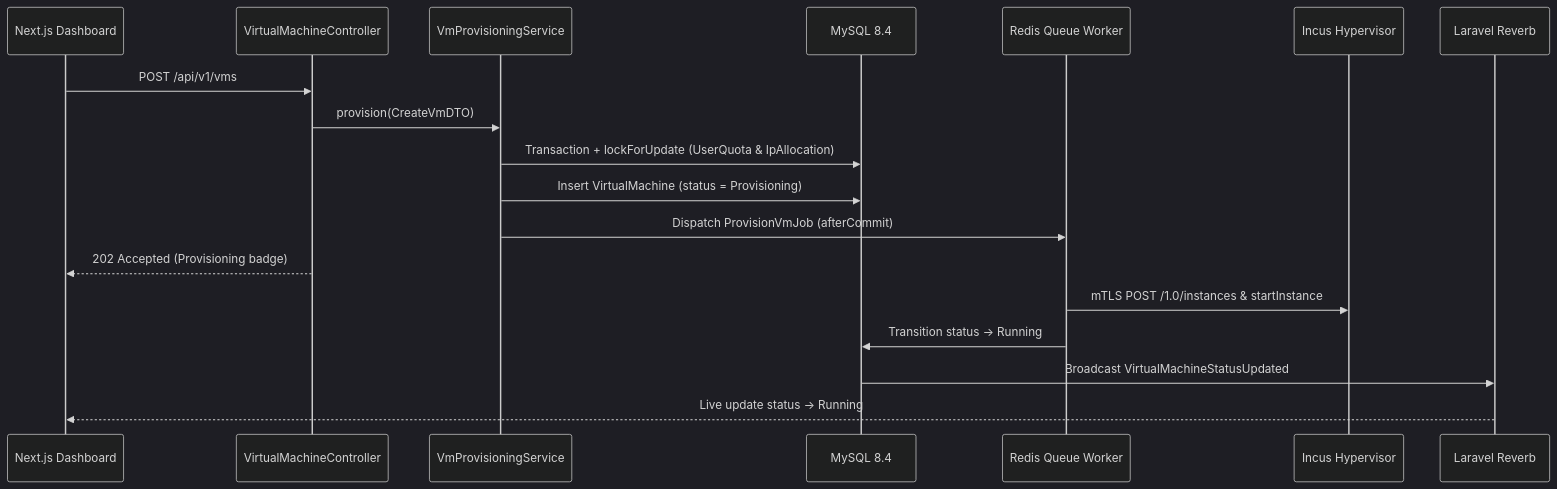
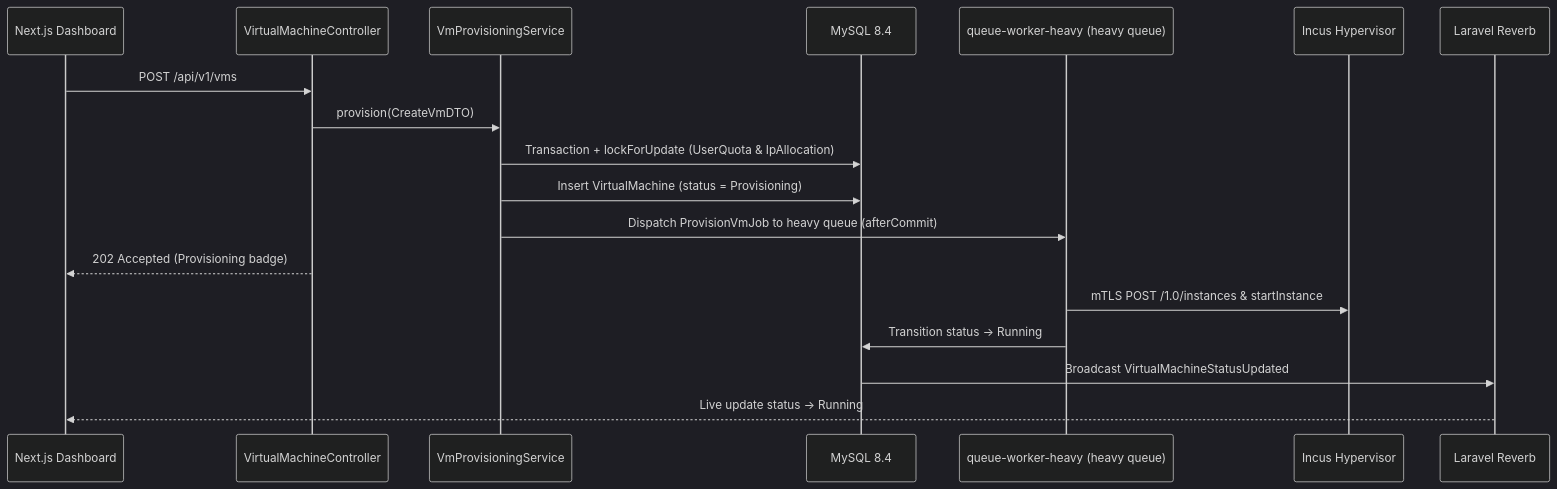
Before and after one commit to schmasterz/ognivo: the second of 2 diagrams in docs/architecture/overview.md, drawn with Mermaid (dark theme). The commit also changed other lines of this file and 20 other files, not shown here.

First line of the commit message:
feat(queue): introduce typed queue isolation and dedicated heavy worker

````diff
--- a/docs/architecture/overview.md
+++ b/docs/architecture/overview.md
@@ -114,21 +118,21 @@
 ```mermaid
 sequenceDiagram
     participant UI as Next.js Dashboard
     participant API as VirtualMachineController
     participant Svc as VmProvisioningService
     participant DB as MySQL 8.4
-    participant Queue as Redis Queue Worker
+    participant Queue as queue-worker-heavy (heavy queue)
     participant Incus as Incus Hypervisor
     participant WS as Laravel Reverb
 
     UI->>API: POST /api/v1/vms
     API->>Svc: provision(CreateVmDTO)
     Svc->>DB: Transaction + lockForUpdate (UserQuota & IpAllocation)
     Svc->>DB: Insert VirtualMachine (status = Provisioning)
-    Svc->>Queue: Dispatch ProvisionVmJob (afterCommit)
+    Svc->>Queue: Dispatch ProvisionVmJob to heavy queue (afterCommit)
     API-->>UI: 202 Accepted (Provisioning badge)
     Queue->>Incus: mTLS POST /1.0/instances & startInstance
     Queue->>DB: Transition status -> Running
     DB->>WS: Broadcast VirtualMachineStatusUpdated
     WS-->>UI: Live update status -> Running
 ```
````
